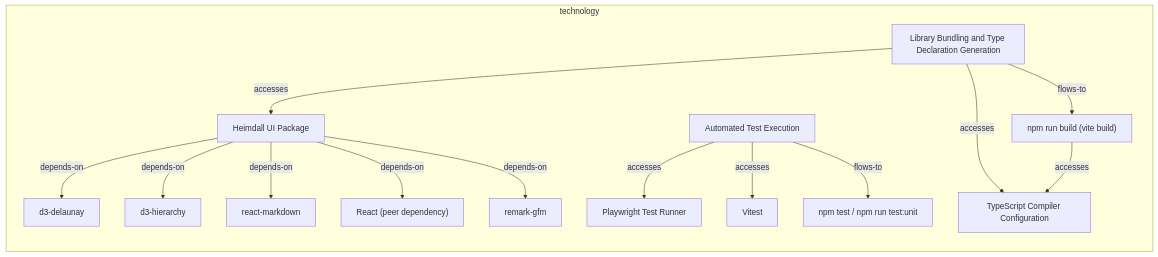
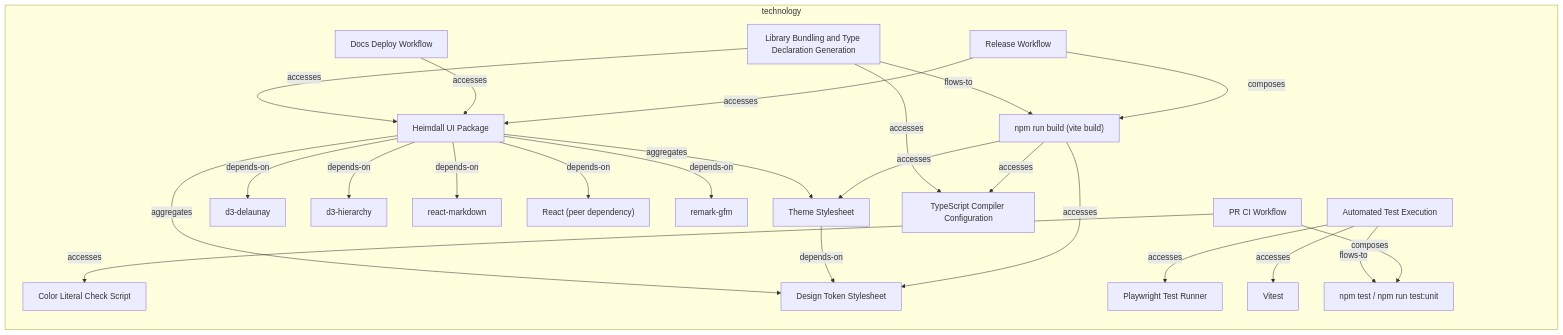
The first of 2 diagrams in documentation-robotics/reports/06-technology-layer-report.md (tinkermonkey/heimdall), drawn with Mermaid before and after one commit. The commit also changed other lines of this file and 18 other files, not shown here.

````diff
--- a/documentation-robotics/reports/06-technology-layer-report.md
+++ b/documentation-robotics/reports/06-technology-layer-report.md
@@ -31,30 +31,46 @@
 ```mermaid
 flowchart LR
   subgraph technology
+    technology_artifact_color_literal_check_script["Color Literal Check Script"]
     technology_artifact_d3_delaunay["d3-delaunay"]
     technology_artifact_d3_hierarchy["d3-hierarchy"]
+    technology_artifact_design_token_stylesheet["Design Token Stylesheet"]
     technology_artifact_heimdall_ui_package["Heimdall UI Package"]
     technology_artifact_playwright_test_runner["Playwright Test Runner"]
     technology_artifact_react_markdown["react-markdown"]
     technology_artifact_react_peer_dependency["React (peer dependency)"]
     technology_artifact_remark_gfm["remark-gfm"]
+    technology_artifact_theme_stylesheet["Theme Stylesheet"]
     technology_artifact_type_script_compiler_configuration["TypeScript Compiler Configuration"]
     technology_artifact_vitest["Vitest"]
     technology_technologyfunction_automated_test_execution["Automated Test Execution"]
     technology_technologyfunction_library_bundling_and_type_declaration_generation["Library Bundling and Type Declaration Generation"]
+    technology_technologyprocess_docs_deploy_workflow["Docs Deploy Workflow"]
     technology_technologyprocess_npm_run_build_vite_build["npm run build (vite build)"]
     technology_technologyprocess_npm_test_npm_run_testunit["npm test / npm run test:unit"]
+    technology_technologyprocess_pr_ci_workflow["PR CI Workflow"]
+    technology_technologyprocess_release_workflow["Release Workflow"]
+    technology_artifact_heimdall_ui_package -->|aggregates| technology_artifact_design_token_stylesheet
+    technology_artifact_heimdall_ui_package -->|aggregates| technology_artifact_theme_stylesheet
     technology_artifact_heimdall_ui_package -->|depends-on| technology_artifact_d3_delaunay
     technology_artifact_heimdall_ui_package -->|depends-on| technology_artifact_d3_hierarchy
     technology_artifact_heimdall_ui_package -->|depends-on| technology_artifact_react_markdown
     technology_artifact_heimdall_ui_package -->|depends-on| technology_artifact_react_peer_dependency
     technology_artifact_heimdall_ui_package -->|depends-on| technology_artifact_remark_gfm
+    technology_artifact_theme_stylesheet -->|depends-on| technology_artifact_design_token_stylesheet
     technology_technologyfunction_automated_test_execution -->|accesses| technology_artifact_playwright_test_runner
     technology_technologyfunction_automated_test_execution -->|accesses| technology_artifact_vitest
     technology_technologyfunction_automated_test_execution -->|flows-to| technology_technologyprocess_npm_test_npm_run_testunit
     technology_technologyfunction_library_bundling_and_type_declaration_generation -->|accesses| technology_artifact_heimdall_ui_package
     technology_technologyfunction_library_bundling_and_type_declaration_generation -->|accesses| technology_artifact_type_script_compiler_configuration
     technology_technologyfunction_library_bundling_and_type_declaration_generation -->|flows-to| technology_technologyprocess_npm_run_build_vite_build
+    technology_technologyprocess_docs_deploy_workflow -->|accesses| technology_artifact_heimdall_ui_package
+    technology_technologyprocess_npm_run_build_vite_build -->|accesses| technology_artifact_design_token_stylesheet
+    technology_technologyprocess_npm_run_build_vite_build -->|accesses| technology_artifact_theme_stylesheet
     technology_technologyprocess_npm_run_build_vite_build -->|accesses| technology_artifact_type_script_compiler_configuration
+    technology_technologyprocess_pr_ci_workflow -->|accesses| technology_artifact_color_literal_check_script
+    technology_technologyprocess_pr_ci_workflow -->|composes| technology_technologyprocess_npm_test_npm_run_testunit
+    technology_technologyprocess_release_workflow -->|accesses| technology_artifact_heimdall_ui_package
+    technology_technologyprocess_release_workflow -->|composes| technology_technologyprocess_npm_run_build_vite_build
   end
 ```
````
